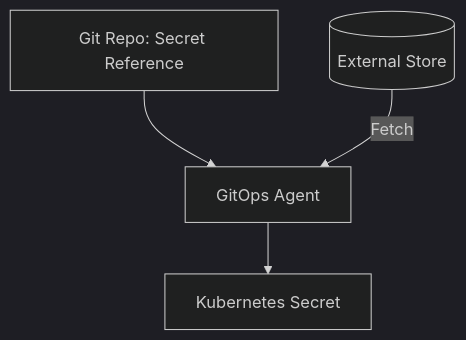
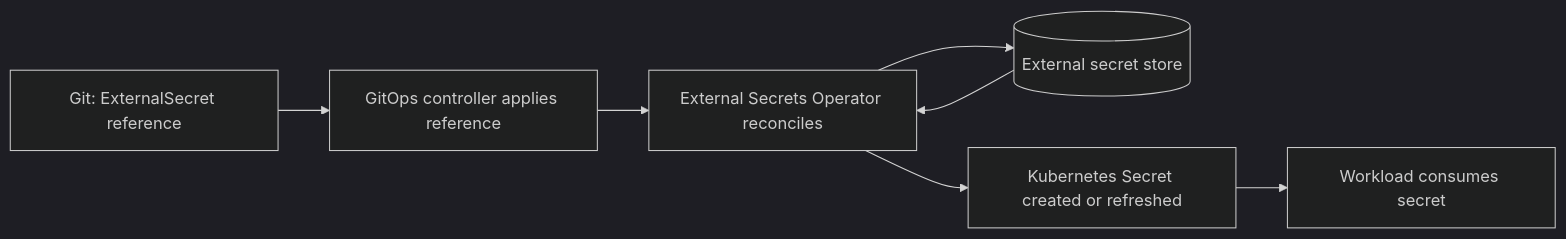
One commit to krisztiankoos/kubedojo changed the fourth of 8 diagrams in src/content/docs/platform/disciplines/delivery-automation/gitops/module-3.5-secrets.md. Above: the diagram before and after it, drawn with Mermaid (dark theme). The commit also changed other lines of this file, not shown here.

First line of the commit message:
quality(rewrite): codex rewrite platform-disciplines-delivery-automation-gitops-module-3.5-secrets (attempt cf5bfe4bbacb)

````diff
--- a/src/content/docs/platform/disciplines/delivery-automation/gitops/module-3.5-secrets.md
+++ b/src/content/docs/platform/disciplines/delivery-automation/gitops/module-3.5-secrets.md
@@ -118,6 +203,9 @@
 ```mermaid
-flowchart TD
-    A[Git Repo: Secret Reference] --> B[GitOps Agent]
-    C[(External Store)] -->|Fetch| B
-    B --> D[Kubernetes Secret]
+flowchart LR
+    A["Git: ExternalSecret reference"] --> B["GitOps controller applies reference"]
+    B --> C["External Secrets Operator reconciles"]
+    C --> D[("External secret store")]
+    D --> C
+    C --> E["Kubernetes Secret created or refreshed"]
+    E --> F["Workload consumes secret"]
 ```
````
